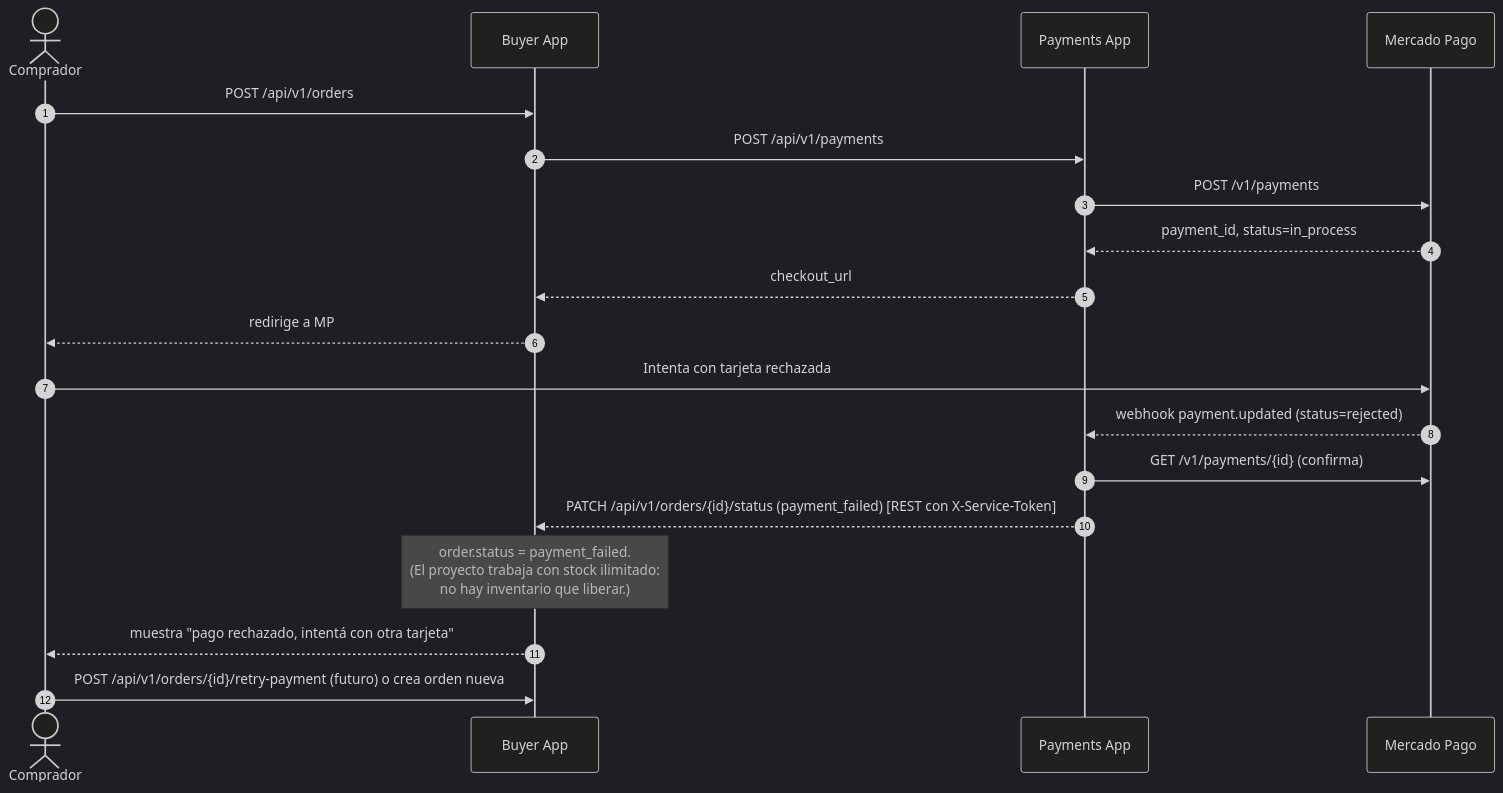
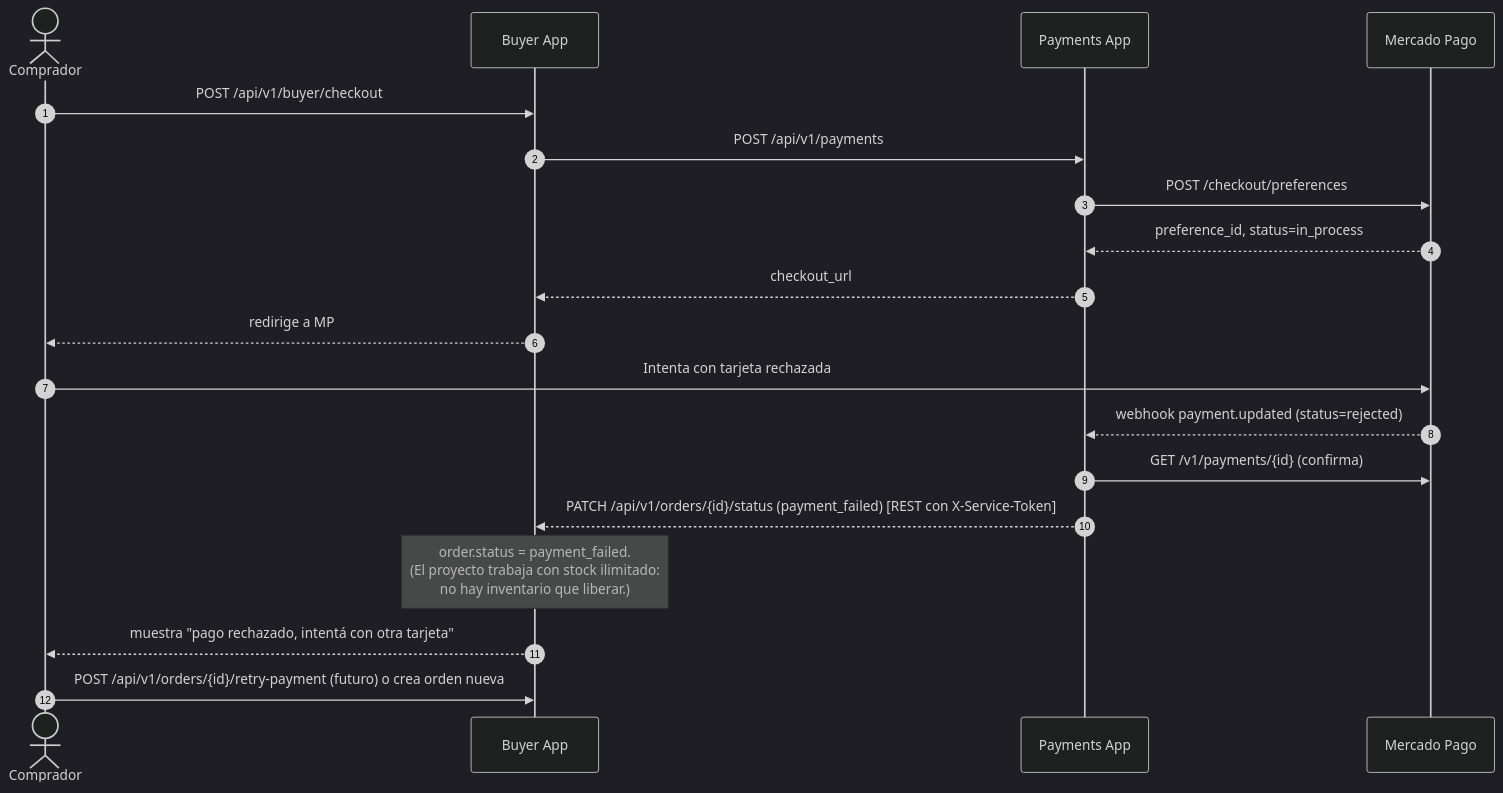
One commit to IAW-2026/proyecto-c-buyer2-bicimarket changed the seventh of 9 diagrams in documentacion/06-estados-y-diagramas.md. Above: the diagram before and after it, drawn with Mermaid (dark theme). The commit also changed other lines of this file and 11 other files, not shown here.

````diff
--- a/documentacion/06-estados-y-diagramas.md
+++ b/documentacion/06-estados-y-diagramas.md
@@ -120,22 +124,22 @@
 ```mermaid
 sequenceDiagram
     autonumber
     actor C as Comprador
     participant B as Buyer App
     participant P as Payments App
     participant MP as Mercado Pago
 
-    C->>B: POST /api/v1/orders
+    C->>B: POST /api/v1/buyer/checkout
     B->>P: POST /api/v1/payments
-    P->>MP: POST /v1/payments
-    MP-->>P: payment_id, status=in_process
+    P->>MP: POST /checkout/preferences
+    MP-->>P: preference_id, status=in_process
     P-->>B: checkout_url
     B-->>C: redirige a MP
     C->>MP: Intenta con tarjeta rechazada
     MP-->>P: webhook payment.updated (status=rejected)
     P->>MP: GET /v1/payments/{id} (confirma)
     P-->>B: PATCH /api/v1/orders/{id}/status (payment_failed) [REST con X-Service-Token]
     note over B: order.status = payment_failed.<br/>(El proyecto trabaja con stock ilimitado:<br/>no hay inventario que liberar.)
     B-->>C: muestra "pago rechazado, intentá con otra tarjeta"
     C->>B: POST /api/v1/orders/{id}/retry-payment (futuro) o crea orden nueva
 ```
````
